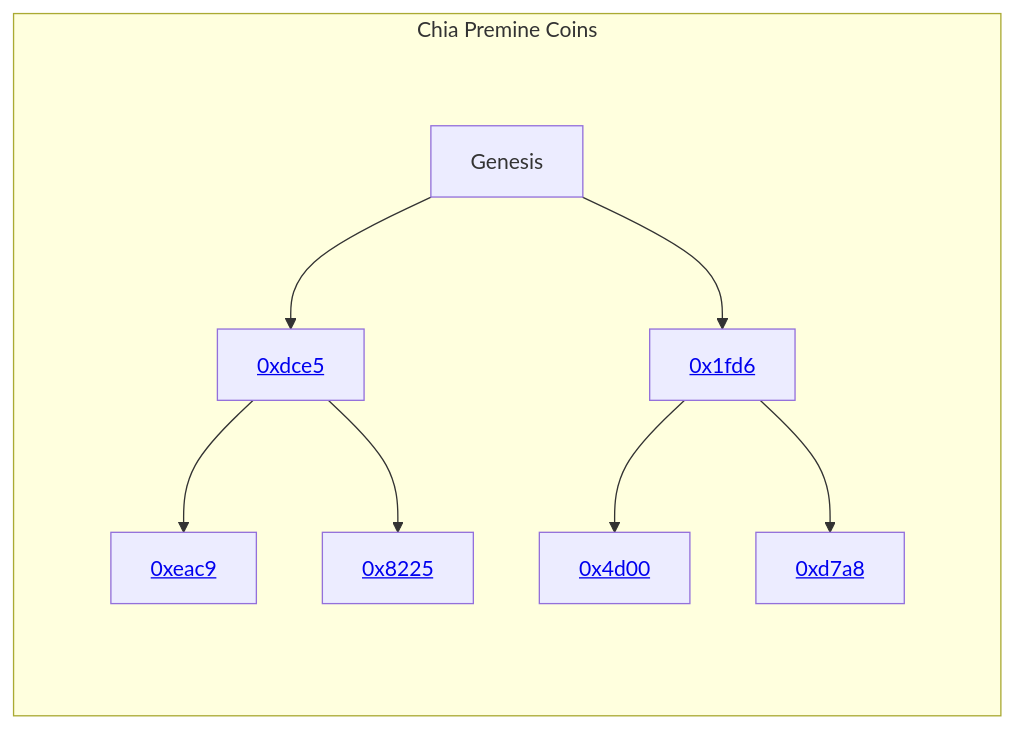
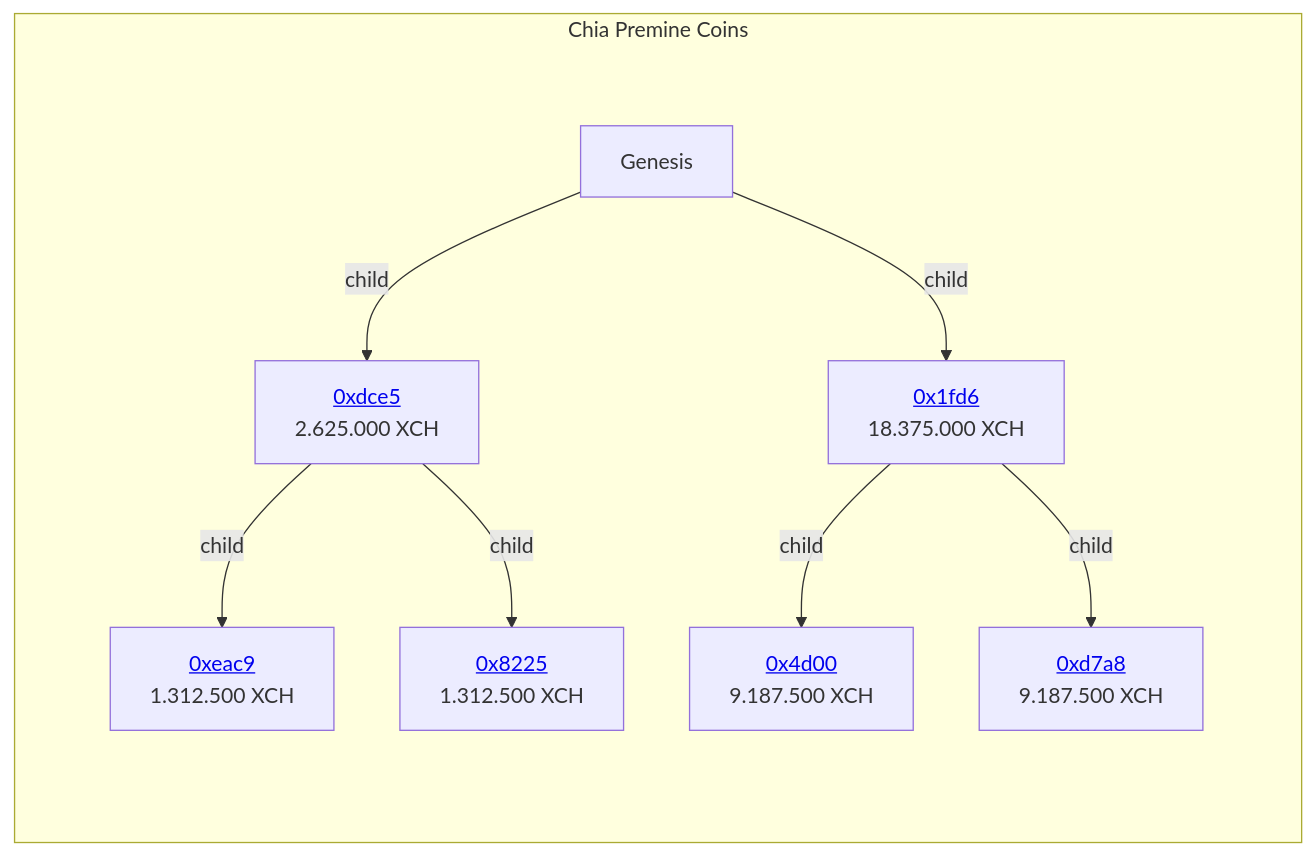
One commit to RudolfAchter/blockchain-stuff changed the diagram in docs/chia/chia_premine.md. Above: the diagram before and after it, drawn with Mermaid. The commit also changed other lines of this file and 25 other files, not shown here.

````diff
--- a/docs/chia/chia_premine.md
+++ b/docs/chia/chia_premine.md
@@ -13,31 +16,31 @@
 ```mermaid
 flowchart TD
   subgraph sub01["Chia Premine Coins"]
     subgraph padding01[ ]
 
       genesis["Genesis"]
-      genesis --> 0xdce5 & 0x1fd6
+      genesis --child--> 0xdce5 & 0x1fd6
 
-      0xdce5["<a href='https://xchscan.com/txns/0xdce550a4341e5ec31c7e3fe5c6ab9801c66ed02689725939537d8d4492465800'>0xdce5</a>"]
+      0xdce5["<a href='https://xchscan.com/txns/0xdce550a4341e5ec31c7e3fe5c6ab9801c66ed02689725939537d8d4492465800'>0xdce5</a><br>2.625.000 XCH"]
 
-      0xdce5 --> 0xeac9 & 0x8225
+      0xdce5 --child--> 0xeac9 & 0x8225
 
-        0xeac9["<a href='https://xchscan.com/txns/0xeac9be36298887f751fa7f7367a27ab12c72360ebf7a78ee4fcfb96db121a3b7'>0xeac9</a>"]
+        0xeac9["<a href='https://xchscan.com/txns/0xeac9be36298887f751fa7f7367a27ab12c72360ebf7a78ee4fcfb96db121a3b7'>0xeac9</a><br>1.312.500 XCH"]
         
-        0x8225["<a href='https://xchscan.com/txns/0x8225b3a9538238c170bbd79632604e075f7357621bbd846f50b1aa6d6cfa95e0'>0x8225</a>"]
+        0x8225["<a href='https://xchscan.com/txns/0x8225b3a9538238c170bbd79632604e075f7357621bbd846f50b1aa6d6cfa95e0'>0x8225</a><br>1.312.500 XCH"]
 
 
-      0x1fd6["<a href='https://xchscan.com/txns/0x1fd60c070e821d785b65e10e5135e52d12c8f4d902a506f48bc1c5268b7bb45b'>0x1fd6</a>"]
+      0x1fd6["<a href='https://xchscan.com/txns/0x1fd60c070e821d785b65e10e5135e52d12c8f4d902a506f48bc1c5268b7bb45b'>0x1fd6</a><br>18.375.000 XCH"]
 
-      0x1fd6 --> 0x4d00 & 0xd7a8
+      0x1fd6 --child--> 0x4d00 & 0xd7a8
 
-        0x4d00["<a href='https://xchscan.com/txns/0x4d0012503cb0b31947ed582881e59d334b667a0b4c96ac86c4f540c850055a22'>0x4d00</a>"]
+        0x4d00["<a href='https://xchscan.com/txns/0x4d0012503cb0b31947ed582881e59d334b667a0b4c96ac86c4f540c850055a22'>0x4d00</a><br>9.187.500 XCH"]
         
-        0xd7a8["<a href='https://xchscan.com/txns/0xd7a81eece6b0450c9eaf3b3a9cdbff5bde0f1e51f1f18fcf50cc533296cb04b6'>0xd7a8</a>"]
+        0xd7a8["<a href='https://xchscan.com/txns/0xd7a81eece6b0450c9eaf3b3a9cdbff5bde0f1e51f1f18fcf50cc533296cb04b6'>0xd7a8</a><br>9.187.500 XCH"]
 
     end
   end
 
   classDef padding fill:none,stroke:none
   class padding01,padding02,padding03 padding
 ```
````
